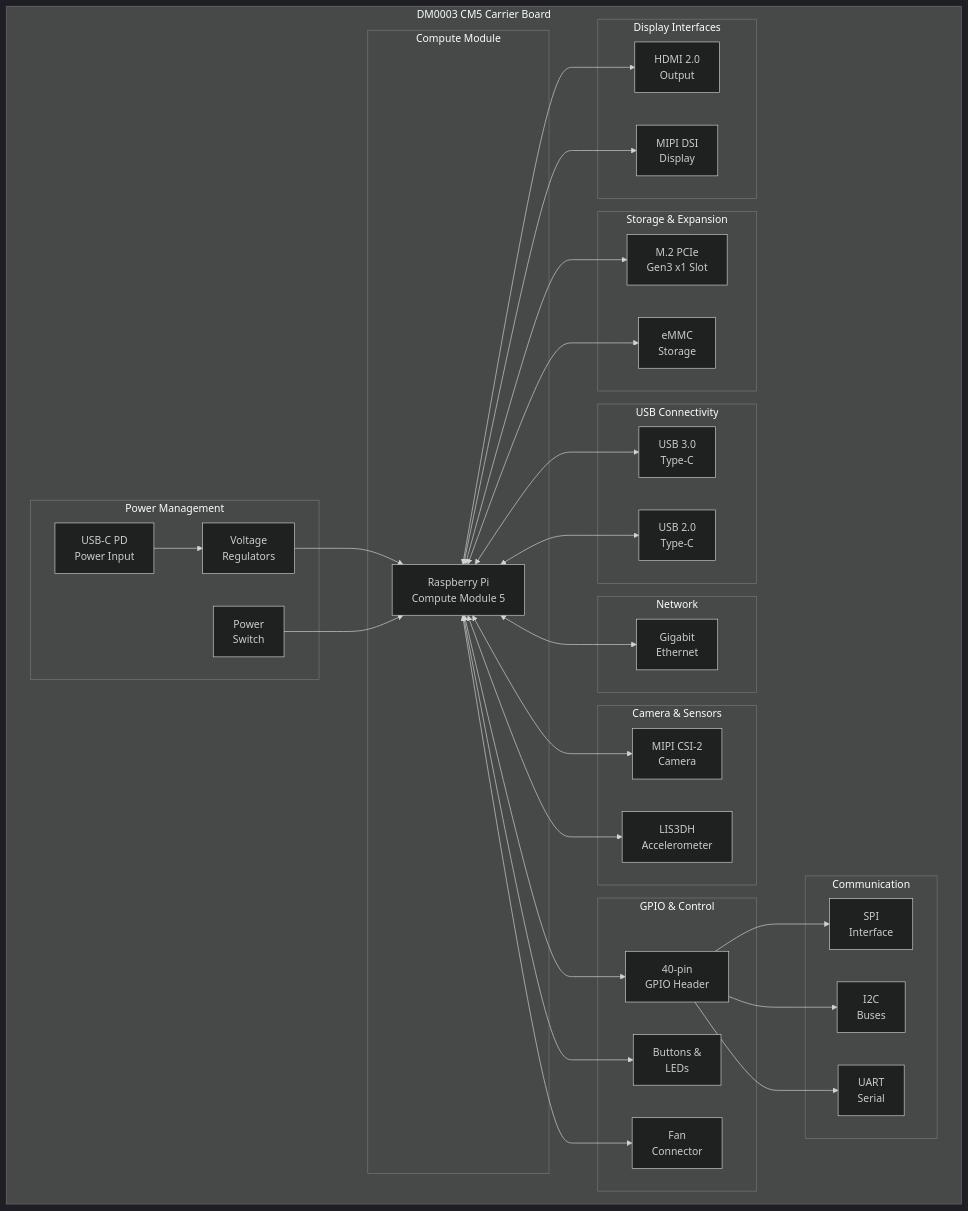
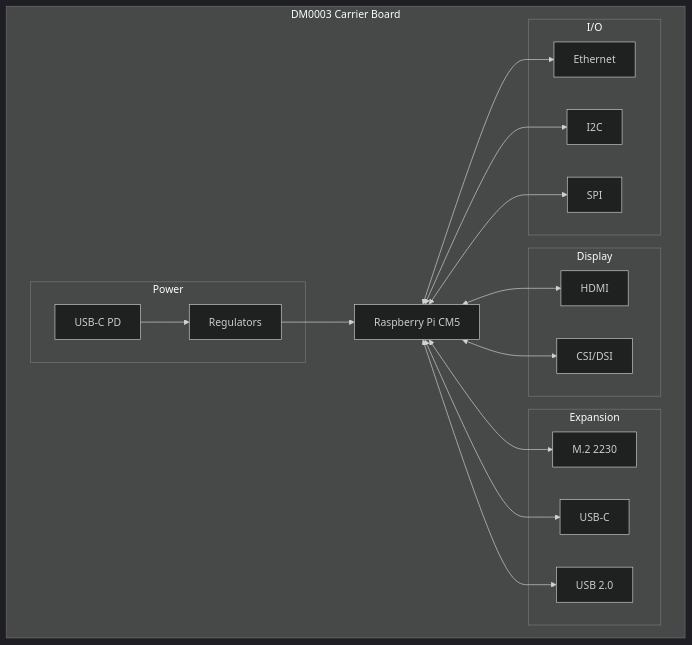
Before and after one commit to dioderobot/demo: the diagram in boards/DM0003/docs/DM0003.md, drawn with Mermaid (dark theme). The commit also changed other lines of this file and 3 other files, not shown here.

````diff
--- a/boards/DM0003/docs/DM0003.md
+++ b/boards/DM0003/docs/DM0003.md
@@ -55,71 +33,38 @@
 ```mermaid
 graph TB
-    subgraph "DM0003 CM5 Carrier Board"
-        subgraph "Compute Module"
-            CM5["Raspberry Pi<br/>Compute Module 5"]
+    subgraph "DM0003 Carrier Board"
+        CM5["Raspberry Pi CM5"]
+        
+        subgraph "Power"
+            USBC_PD["USB-C PD"]
+            VREG["Regulators"]
         end
         
-        subgraph "Power Management"
-            USBC_PD["USB-C PD<br/>Power Input"]
-            VREG["Voltage<br/>Regulators"]
-            PWR_SW["Power<br/>Switch"]
+        subgraph "Display"
+            HDMI["HDMI"]
+            DSI["CSI/DSI"]
         end
         
-        subgraph "Display Interfaces"
-            HDMI["HDMI 2.0<br/>Output"]
-            DSI["MIPI DSI<br/>Display"]
+        subgraph "Expansion"
+            M2["M.2 2230"]
+            USB3["USB-C"]
+            USB2["USB 2.0"]
         end
         
-        subgraph "Storage & Expansion"
-            M2["M.2 PCIe<br/>Gen3 x1 Slot"]
-            EMMC["eMMC<br/>Storage"]
+        subgraph "I/O"
+            ETH["Ethernet"]
+            I2C["I2C"]
+            SPI["SPI"]
         end
         
-        subgraph "USB Connectivity"
-            USB3C["USB 3.0<br/>Type-C"]
-            USB2C["USB 2.0<br/>Type-C"]
-        end
-        
-        subgraph "Network"
-            ETH["Gigabit<br/>Ethernet"]
-        end
-        
-        subgraph "Camera & Sensors"
-            CSI["MIPI CSI-2<br/>Camera"]
-            ACCEL["LIS3DH<br/>Accelerometer"]
-        end
-        
-        subgraph "GPIO & Control"
-            GPIO["40-pin<br/>GPIO Header"]
-            CTRL["Buttons &<br/>LEDs"]
-            FAN["Fan<br/>Connector"]
-        end
-        
-        subgraph "Communication"
-            SPI["SPI<br/>Interface"]
-            I2C["I2C<br/>Buses"]
-            UART["UART<br/>Serial"]
-        end
-        
-        USBC_PD --> VREG
-        VREG --> CM5
-        PWR_SW --> CM5
-        
+        USBC_PD --> VREG --> CM5
         CM5 <--> HDMI
         CM5 <--> DSI
         CM5 <--> M2
-        CM5 <--> EMMC
-        CM5 <--> USB3C
-        CM5 <--> USB2C
+        CM5 <--> USB3
+        CM5 <--> USB2
         CM5 <--> ETH
-        CM5 <--> CSI
-        CM5 <--> ACCEL
-        CM5 <--> GPIO
-        CM5 <--> CTRL
-        CM5 <--> FAN
-        
-        GPIO --> SPI
-        GPIO --> I2C
-        GPIO --> UART
+        CM5 <--> I2C
+        CM5 <--> SPI
     end
 ```
````
